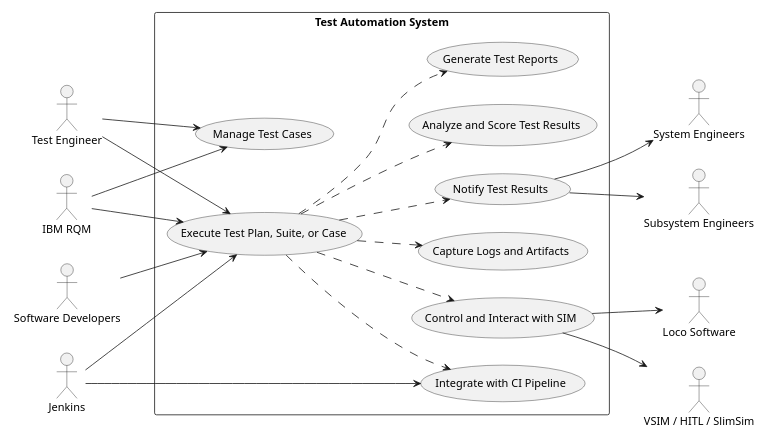
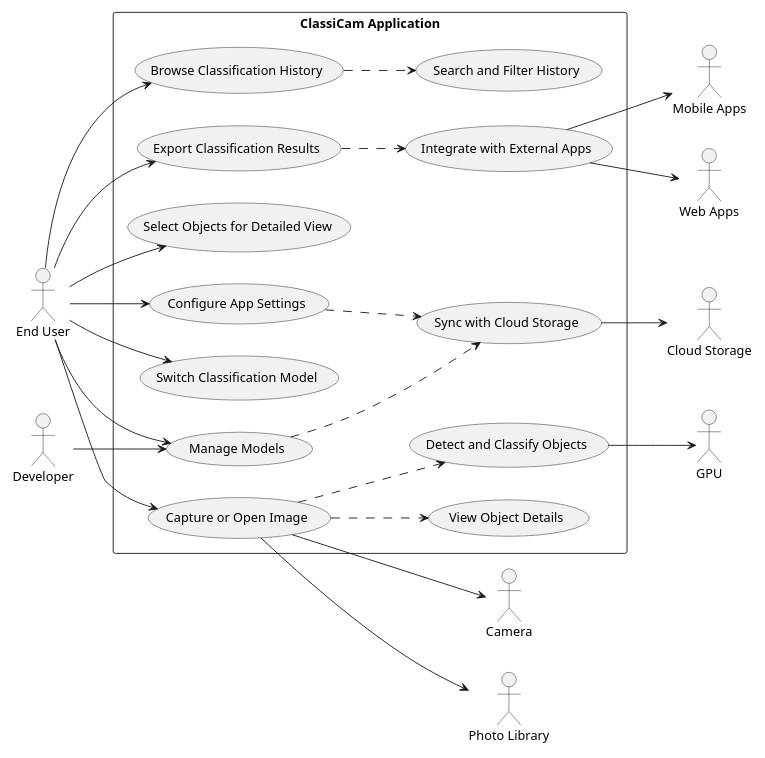
One commit to glwagnerii/sweng-894-capstone changed the diagram in docs/architecture/md/2.3-functions.md. Above: the diagram before and after it, drawn with PlantUML. The commit also changed other lines of this file and 6 other files, not shown here.

Commit message:
update section 2 of architecture

````diff
--- a/docs/architecture/md/2.3-functions.md
+++ b/docs/architecture/md/2.3-functions.md
@@ -52,47 +55,55 @@
 ```puml
 @startuml
 left to right direction
 scale 600 width
 
-actor "Test Engineer" as te
-actor "Software Developers" as sd
-actor Jenkins as jenkins
-actor "IBM RQM" as rqm
+actor "End User" as eu
+actor "Developer" as dev
 
-rectangle "Test Automation System" {
-    usecase "Execute Test Plan, Suite, or Case" as uc1
-    usecase "Manage Test Cases" as uc2
-    usecase "Generate Test Reports" as uc3
-    usecase "Integrate with CI Pipeline" as uc4
-    usecase "Control and Interact with SIM" as uc5
-    usecase "Capture Logs and Artifacts" as uc6
-    usecase "Notify Test Results" as uc7
-    usecase "Analyze and Score Test Results" as uc8
+rectangle "ClassiCam Application" {
+    usecase "Capture or Open Image" as uc1
+    usecase "Detect and Classify Objects" as uc2
+    usecase "Select Objects for Detailed View" as uc3
+    usecase "View Object Details" as uc4
+    usecase "Browse Classification History" as uc5
+    usecase "Manage Models" as uc6
+    usecase "Switch Classification Model" as uc7
+    usecase "Integrate with External Apps" as uc8
+    usecase "Sync with Cloud Storage" as uc9
+    usecase "Export Classification Results" as uc10
+    usecase "Search and Filter History" as uc11
+    usecase "Configure App Settings" as uc12
 }
 
-te --> uc1
-te --> uc2
-sd --> uc1
-jenkins --> uc1
-jenkins --> uc4
-rqm --> uc1
-rqm --> uc2
-uc1 ..> uc3
+eu --> uc1
+eu --> uc3
+eu --> uc5
+eu --> uc6
+eu --> uc7
+eu --> uc12
+eu --> uc10
+dev --> uc6
+
+actor "Camera" as camera
+actor "Photo Library" as lib
+actor "GPU" as gpu
+actor "Cloud Storage" as cloud
+actor "Mobile Apps" as app
+actor "Web Apps" as web
+
+uc1 --> camera
+uc1 --> lib
+uc2 --> gpu
+uc9 --> cloud
+uc8 --> app
+uc8 --> web
+
+uc10 ..> uc8
+uc1 ..> uc2
 uc1 ..> uc4
-uc1 ..> uc5
-uc1 ..> uc6
-uc1 ..> uc7
-uc1 ..> uc8
-
-actor "System Engineers" as se
-actor "Subsystem Engineers" as sse
-actor "Loco Software" as lcss
-actor "VSIM / HITL / SlimSim" as sim
-
-uc7 --> se
-uc7 --> sse
-uc5 --> lcss
-uc5 --> sim
+uc6 ..> uc9
+uc12 ..> uc9
+uc5 ..> uc11
 
 @enduml
 ```
````
